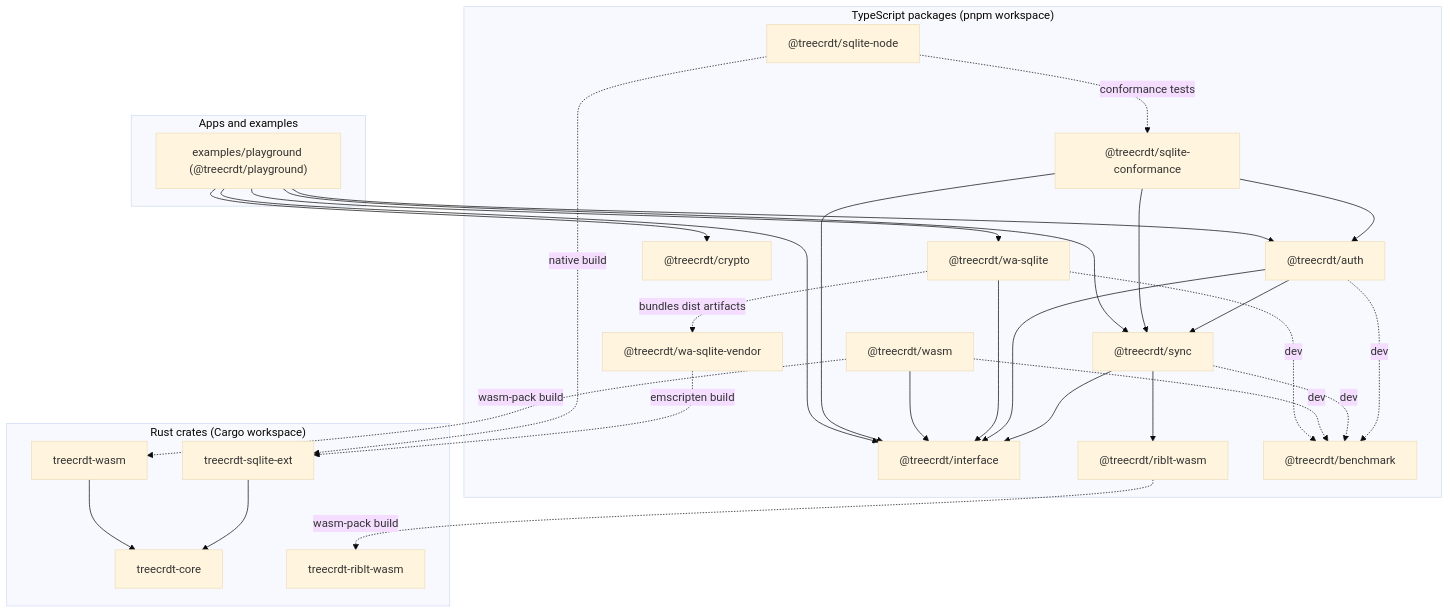
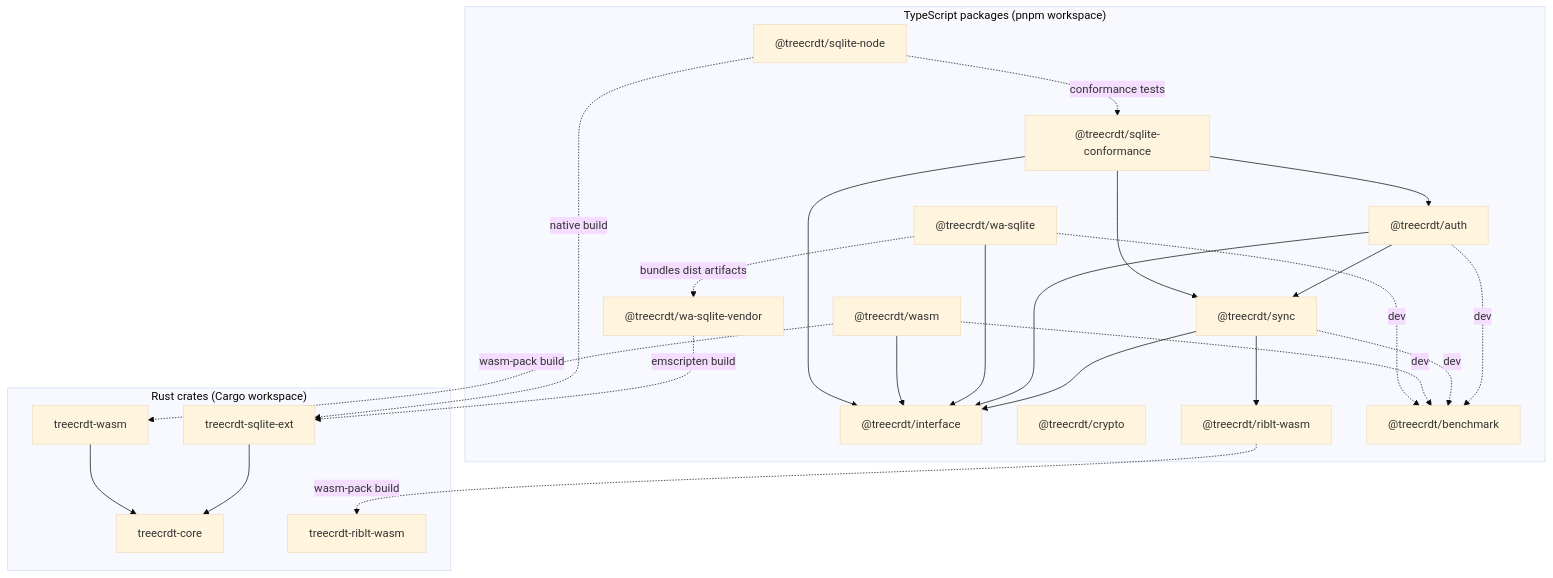
The diagram in docs/ARCHITECTURE.md (cybersemics/treecrdt), drawn with Mermaid (base theme) before and after one commit.

Commit message:
docs: remove playground from architecture graph

````diff
--- a/docs/ARCHITECTURE.md
+++ b/docs/ARCHITECTURE.md
@@ -18,63 +18,53 @@
 ```mermaid
 flowchart TD
   %% Rust crates (Cargo workspace)
   subgraph Rust["Rust crates (Cargo workspace)"]
     core_crate["treecrdt-core"]
     sqlite_ext_crate["treecrdt-sqlite-ext"]
     wasm_crate["treecrdt-wasm"]
     riblt_crate["treecrdt-riblt-wasm"]
 
     sqlite_ext_crate --> core_crate
     wasm_crate --> core_crate
   end
 
   %% TypeScript packages (pnpm workspace)
   subgraph TS["TypeScript packages (pnpm workspace)"]
     iface["@treecrdt/interface"]
     sync["@treecrdt/sync"]
     auth["@treecrdt/auth"]
     crypto["@treecrdt/crypto"]
     wa_vendor["@treecrdt/wa-sqlite-vendor"]
     wa["@treecrdt/wa-sqlite"]
     wasm_pkg["@treecrdt/wasm"]
     riblt_pkg["@treecrdt/riblt-wasm"]
     sqlite_node["@treecrdt/sqlite-node"]
     conformance["@treecrdt/sqlite-conformance"]
     bench["@treecrdt/benchmark"]
   end
 
-  %% Apps / examples
-  subgraph Apps["Apps and examples"]
-    playground["examples/playground (@treecrdt/playground)"]
-  end
-
   %% Runtime dependencies
   sync --> iface
   sync --> riblt_pkg
   auth --> iface
   auth --> sync
   wa --> iface
   wasm_pkg --> iface
   conformance --> auth
   conformance --> sync
   conformance --> iface
-  playground --> auth
-  playground --> sync
-  playground --> crypto
-  playground --> wa
-  playground --> iface
 
   %% Build-time connections (how artifacts are produced)
   riblt_pkg -. wasm-pack build .-> riblt_crate
   wasm_pkg -. wasm-pack build .-> wasm_crate
   wa_vendor -. emscripten build .-> sqlite_ext_crate
   sqlite_node -. native build .-> sqlite_ext_crate
   wa -. bundles dist artifacts .-> wa_vendor
 
   %% Dev/test relationships (kept out of runtime deps)
   auth -. dev .-> bench
   sync -. dev .-> bench
   wasm_pkg -. dev .-> bench
   wa -. dev .-> bench
   sqlite_node -. conformance tests .-> conformance
 ```
````
